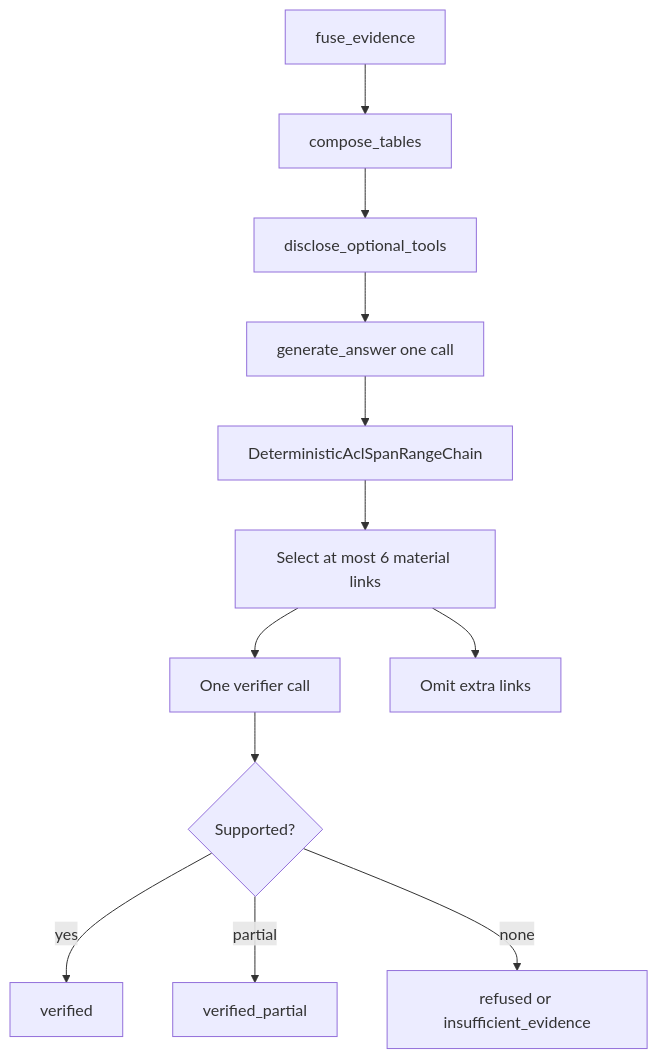
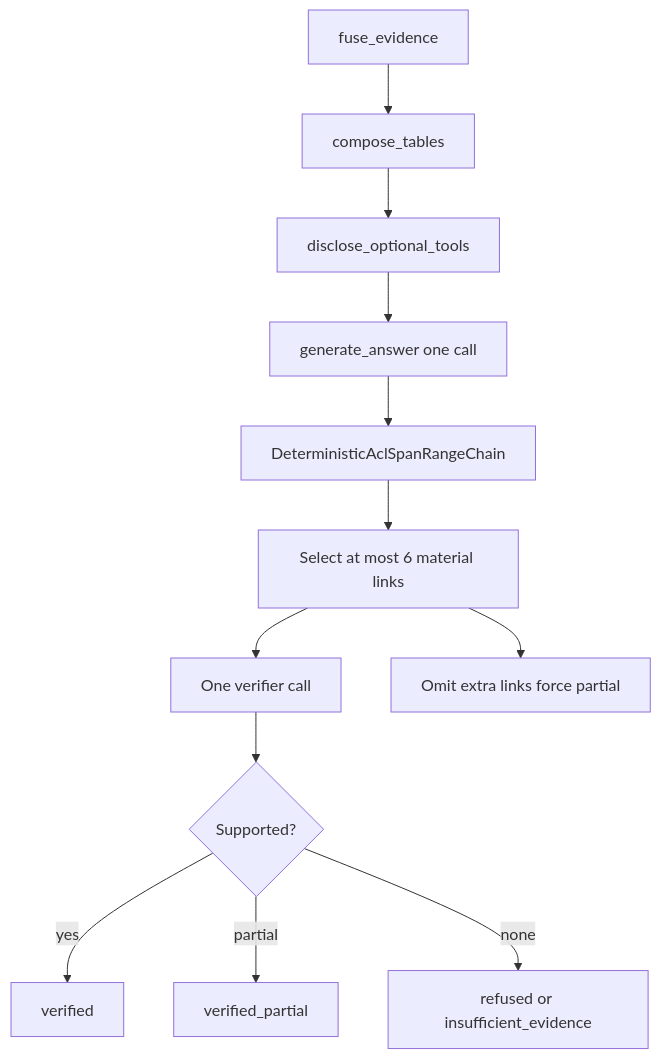
One commit to Nagdy8888/smart-rag changed the diagram in docs/agent/ANSWER_VERIFICATION.md. Above: the diagram before and after it, drawn with Mermaid. The commit also changed other lines of this file and 245 other files, not shown here.

````diff
--- a/docs/agent/ANSWER_VERIFICATION.md
+++ b/docs/agent/ANSWER_VERIFICATION.md
@@ -70,21 +83,21 @@
 ```mermaid
 flowchart TD
   fuse[fuse_evidence]
   tables[compose_tables]
   answer[generate_answer one call]
   det[DeterministicAclSpanRangeChain]
   batch[Select at most 6 material links]
   verify[One verifier call]
-  omit[Omit extra links]
+  omit[Omit extra links force partial]
   fuse --> tables
   tables --> optional[disclose_optional_tools]
   optional --> answer
   answer --> det
   det --> batch
   batch --> verify
   batch --> omit
   verify --> terminal{Supported?}
   terminal -->|yes| ok[verified]
   terminal -->|partial| partial[verified_partial]
   terminal -->|none| refuse[refused or insufficient_evidence]
 ```
````
